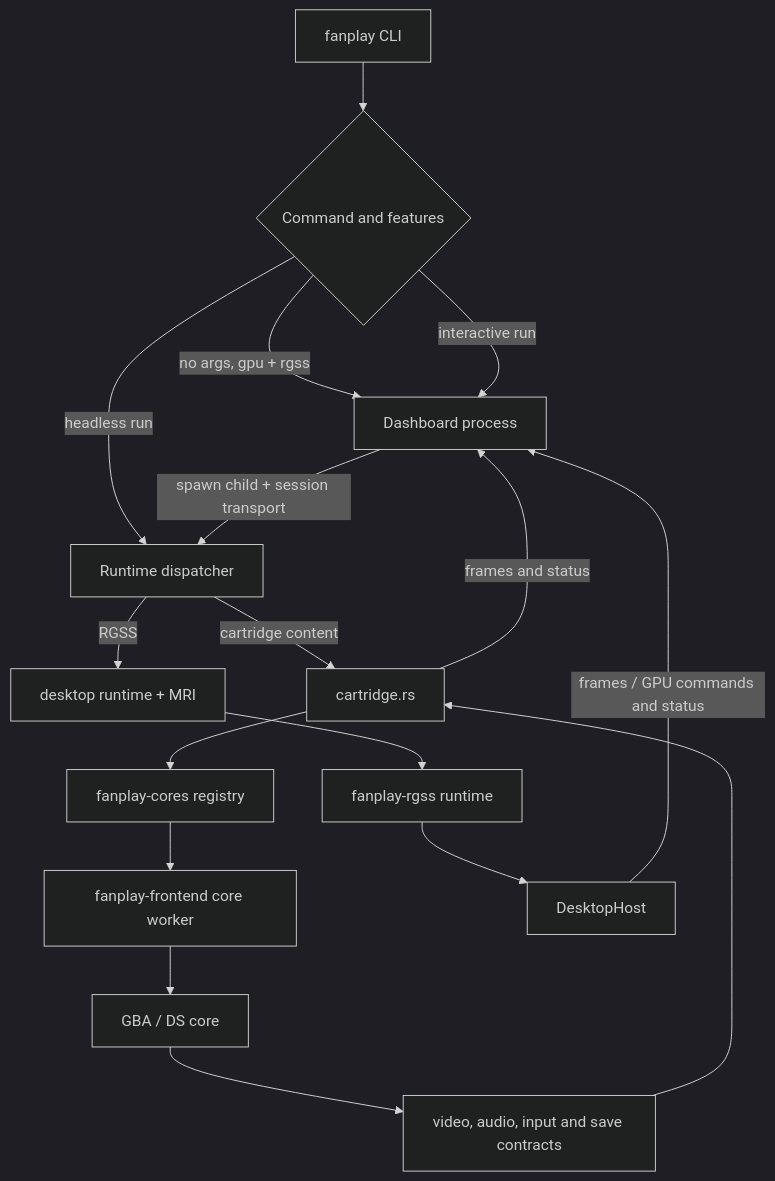
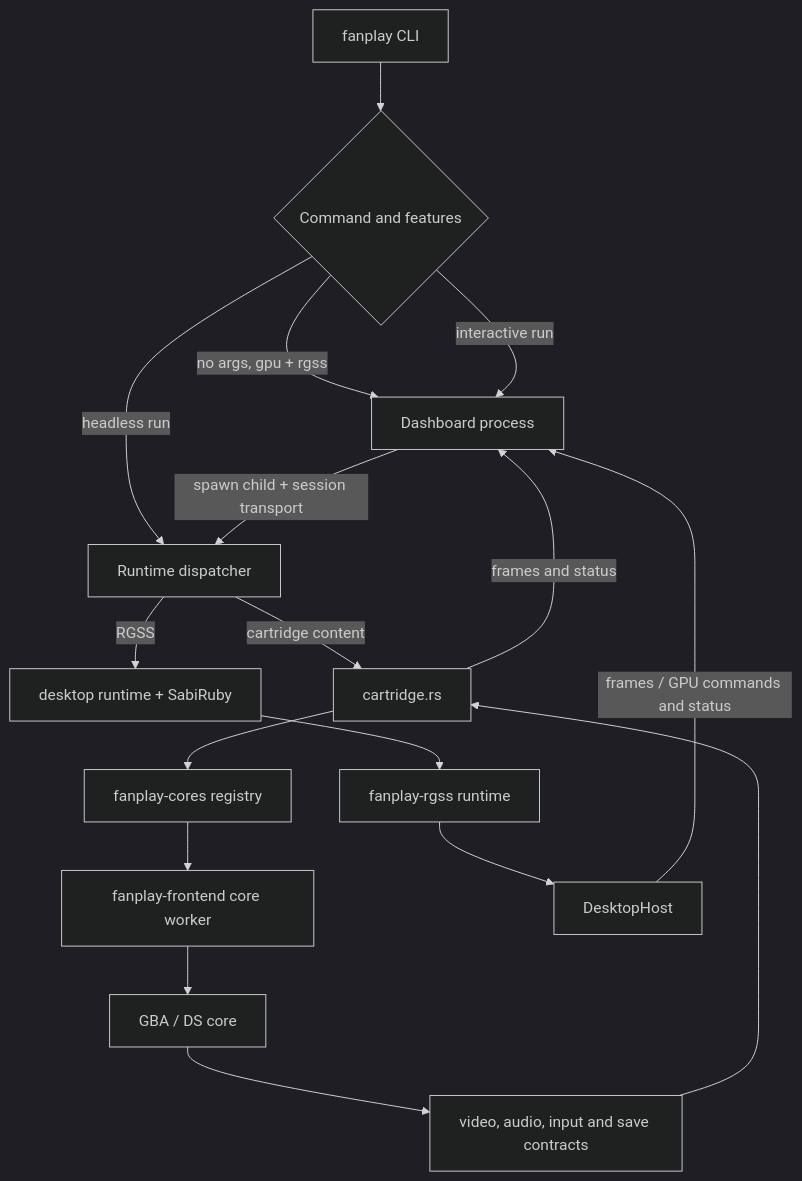
One commit to Rucadi/rsxp changed the first of 2 diagrams in docs/architecture.md. Above: the diagram before and after it, drawn with Mermaid (dark theme). The commit also changed other lines of this file and 61 other files, not shown here.

````diff
--- a/docs/architecture.md
+++ b/docs/architecture.md
@@ -34,19 +34,19 @@
 ```mermaid
 flowchart TD
     CLI[fanplay CLI] --> Dispatch{Command and features}
     Dispatch -->|no args, gpu + rgss| Dashboard[Dashboard process]
     Dispatch -->|interactive run| Dashboard
     Dispatch -->|headless run| Runner[Runtime dispatcher]
     Dashboard -->|spawn child + session transport| Runner
     Runner -->|cartridge content| Cartridge[cartridge.rs]
     Cartridge --> Catalog[fanplay-cores registry]
     Catalog --> Worker[fanplay-frontend core worker]
     Worker --> Core[GBA / DS core]
-    Runner -->|RGSS| NativeRGSS[desktop runtime + MRI]
+    Runner -->|RGSS| NativeRGSS[desktop runtime + SabiRuby]
     NativeRGSS --> Engine[fanplay-rgss runtime]
     Core --> Media[video, audio, input and save contracts]
     Media --> Cartridge
     Engine --> Host[DesktopHost]
     Cartridge -->|frames and status| Dashboard
     Host -->|frames / GPU commands and status| Dashboard
 ```
````
